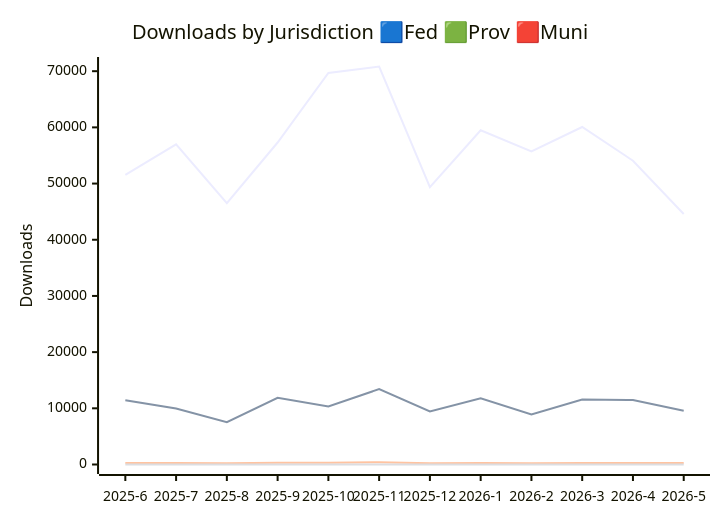
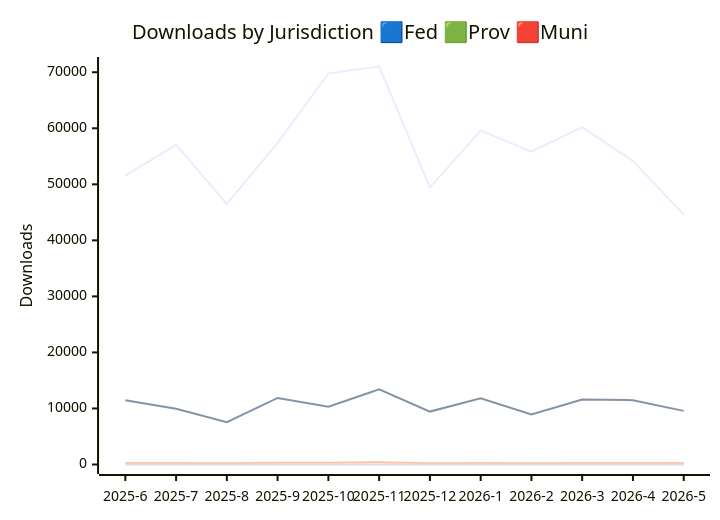
Before and after one commit to PatLittle/analytics-corporate-reporting: the first of 3 diagrams in JURISDICTION_ANALYTICS_REPORT/readme.md, drawn with Mermaid. The commit also changed other lines of this file and 2 other files, not shown here.

````diff
--- a/JURISDICTION_ANALYTICS_REPORT/readme.md
+++ b/JURISDICTION_ANALYTICS_REPORT/readme.md
@@ -14,11 +14,11 @@
 ```mermaid
 
 xychart-beta
     title "Downloads by Jurisdiction 🟦Fed 🟩Prov 🟥Muni"
     x-axis [2025-6, 2025-7, 2025-8, 2025-9, 2025-10, 2025-11, 2025-12, 2026-1, 2026-2, 2026-3, 2026-4, 2026-5]
-    y-axis "Downloads" 0 --> 70835
-    line [51530, 56984, 46501, 57307, 69696, 70825, 49365, 59494, 55728, 60067, 54068, 44592]
+    y-axis "Downloads" 0 --> 71024
+    line [51555, 57036, 46508, 57398, 69793, 71014, 49463, 59620, 55813, 60192, 54152, 44592]
     line [11451, 9952, 7539, 11874, 10320, 13417, 9442, 11801, 8924, 11582, 11479, 9570]
     line [271, 279, 234, 305, 313, 420, 224, 270, 228, 269, 267, 286]
     line [0, 0, 0, 0, 3, 2, 17, 6, 2, 12, 1, 6]
 ```
````
